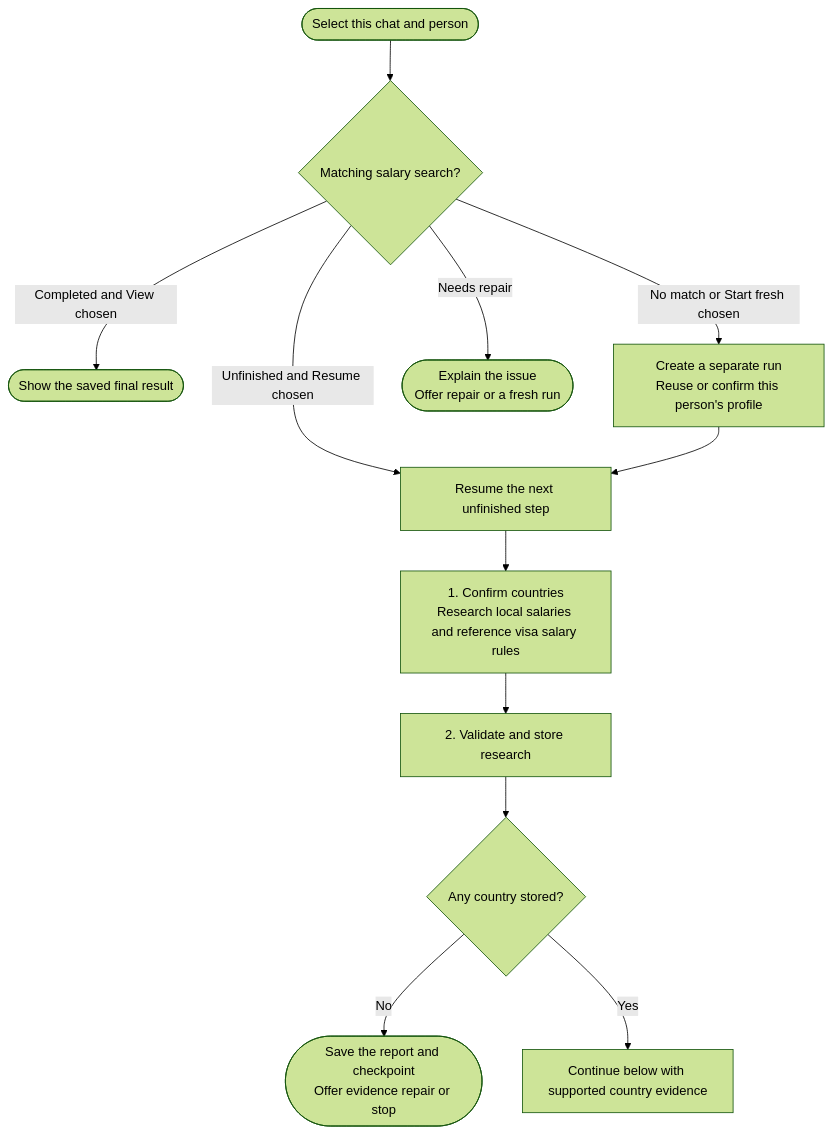
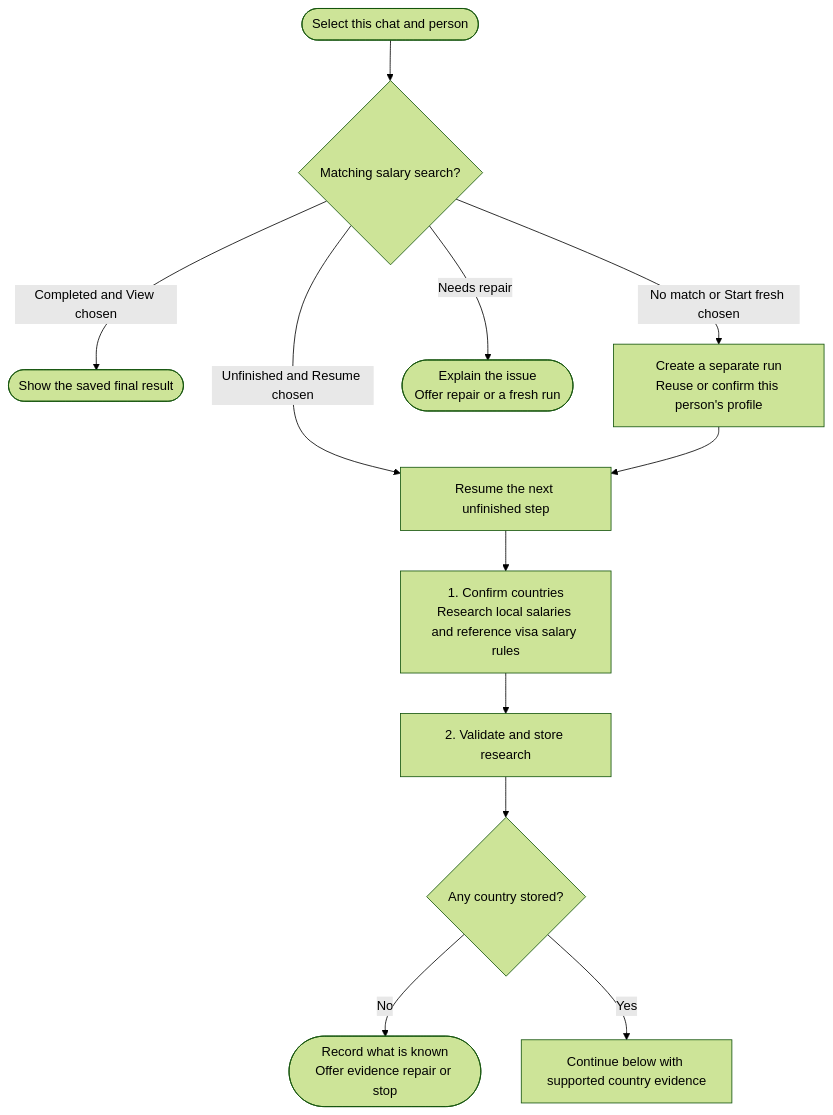
Before and after one commit to myowinthein/agent-compass: the first of 2 diagrams in docs/commands/salary-calculator/detailed.md, drawn with Mermaid (forest theme). The commit also changed other lines of this file and 24 other files, not shown here.

````diff
--- a/docs/commands/salary-calculator/detailed.md
+++ b/docs/commands/salary-calculator/detailed.md
@@ -21,14 +22,14 @@
 ```mermaid
 flowchart TD
   Start(["Select this chat and person"]) --> Status{"Matching salary search?"}
   Status -->|Completed and View chosen| Replay(["Show the saved final result"])
   Status -->|Unfinished and Resume chosen| Resume["Resume the next unfinished step"]
   Status -->|No match or Start fresh chosen| Profile["Create a separate run<br/>Reuse or confirm this person's profile"]
   Profile --> Resume
   Status -->|Needs repair| Recover(["Explain the issue<br/>Offer repair or a fresh run"])
   Resume --> S1["1. Confirm countries<br/>Research local salaries and reference visa salary rules"]
   S1 --> S2["2. Validate and store research"]
   S2 --> Stored{"Any country stored?"}
-  Stored -->|No| Repair(["Save the report and checkpoint<br/>Offer evidence repair or stop"])
+  Stored -->|No| Repair(["Record what is known<br/>Offer evidence repair or stop"])
   Stored -->|Yes| Continue["Continue below with supported country evidence"]
 ```
````
